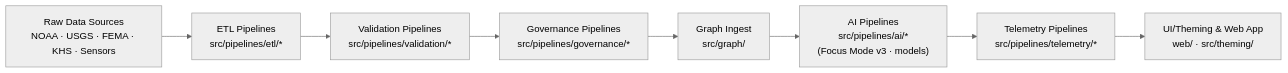
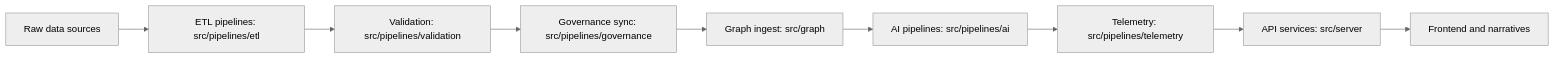
One commit to bartytime4life/Kansas-Frontier-Matrix changed the diagram in src/README.md. Above: the diagram before and after it, drawn with Mermaid (neutral theme). The commit also changed other lines of this file, not shown here.

````diff
--- a/src/README.md
+++ b/src/README.md
@@ -187,11 +272,11 @@
-```mermaid
+~~~mermaid
 flowchart LR
-  A["Raw Data Sources<br/>NOAA · USGS · FEMA · KHS · Sensors"] 
-    --> B["ETL Pipelines<br/>src/pipelines/etl/*"]
-  B --> C["Validation Pipelines<br/>src/pipelines/validation/*"]
-  C --> D["Governance Pipelines<br/>src/pipelines/governance/*"]
-  D --> H["Graph Ingest<br/>src/graph/"]
-  H --> E["AI Pipelines<br/>src/pipelines/ai/*<br/>(Focus Mode v3 · models)"]
-  E --> F["Telemetry Pipelines<br/>src/pipelines/telemetry/*"]
-  F --> G["UI/Theming & Web App<br/>web/ · src/theming/"]
-```
+  A[Raw data sources] --> B[ETL pipelines: src/pipelines/etl]
+  B --> C[Validation: src/pipelines/validation]
+  C --> D[Governance sync: src/pipelines/governance]
+  D --> E[Graph ingest: src/graph]
+  E --> F[AI pipelines: src/pipelines/ai]
+  F --> G[Telemetry: src/pipelines/telemetry]
+  G --> H[API services: src/server]
+  H --> I[Frontend and narratives]
+~~~
````
